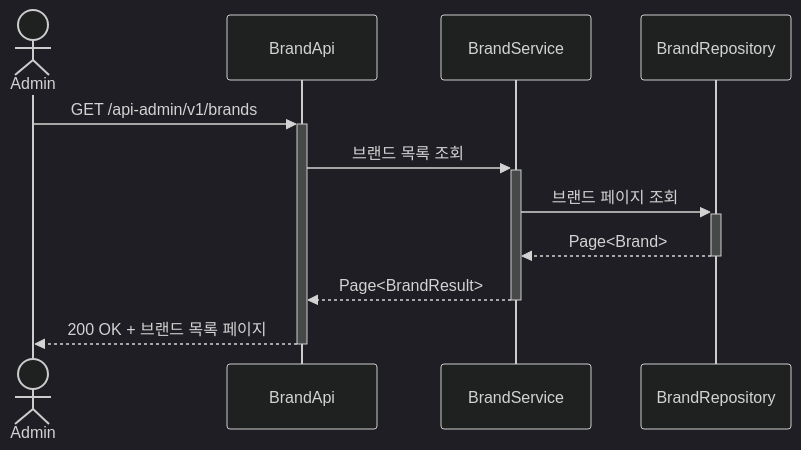
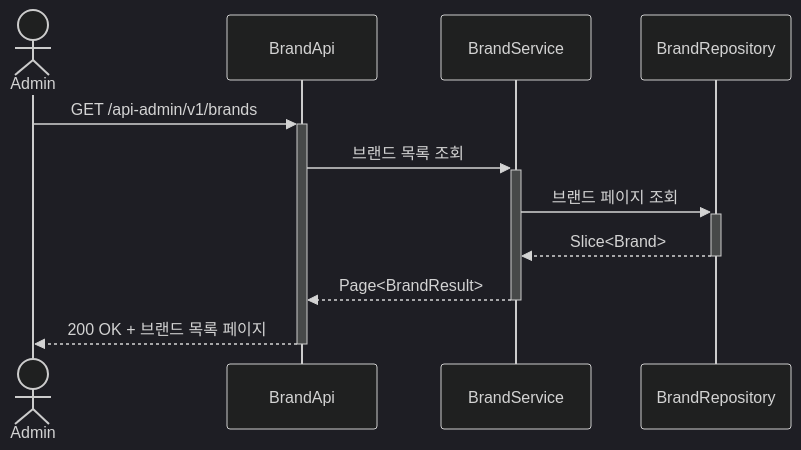
The fourth of 23 diagrams in .docs/design/02-sequence-diagrams.md (Loopers-dev-lab/loop-pack-be-l2-vol3-java), drawn with Mermaid (dark theme) before and after one commit. The commit also changed other lines of this file and 15 other files, not shown here.

````diff
--- a/.docs/design/02-sequence-diagrams.md
+++ b/.docs/design/02-sequence-diagrams.md
@@ -161,14 +161,14 @@
 ```mermaid
 sequenceDiagram
     actor Admin
     participant BrandApi
     participant BrandService
     participant BrandRepository
 
     Admin ->>+ BrandApi: GET /api-admin/v1/brands
     BrandApi ->>+ BrandService: 브랜드 목록 조회
     BrandService ->>+ BrandRepository: 브랜드 페이지 조회
-    BrandRepository -->>- BrandService: Page<Brand>
+    BrandRepository -->>- BrandService: Slice<Brand>
     BrandService -->>- BrandApi: Page<BrandResult>
     BrandApi -->>- Admin: 200 OK + 브랜드 목록 페이지
 ```
````
